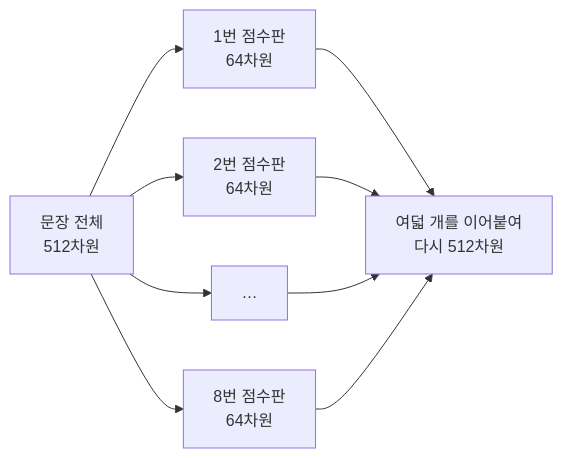
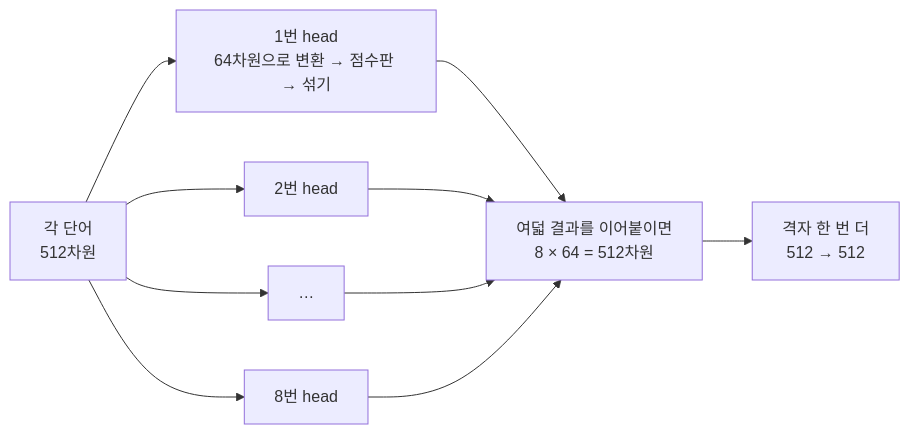
The fourth of 4 diagrams in paper-reviews/1706.03762-attention-is-all-you-need.qmd (qoal1201/qoal1201.github.io), drawn with Mermaid before and after one commit. The commit also changed other lines of this file and 1 other file, not shown here.

````diff
--- a/paper-reviews/1706.03762-attention-is-all-you-need.qmd
+++ b/paper-reviews/1706.03762-attention-is-all-you-need.qmd
@@ -283,11 +290,12 @@
 ```{mermaid}
 flowchart LR
-    E["문장 전체<br/>512차원"] --> H1["1번 점수판<br/>64차원"]
-    E --> H2["2번 점수판<br/>64차원"]
+    E["각 단어<br/>512차원"] --> H1["1번 head<br/>64차원으로 변환 → 점수판 → 섞기"]
+    E --> H2["2번 head"]
     E --> HD["…"]
-    E --> H8["8번 점수판<br/>64차원"]
-    H1 --> C["여덟 개를 이어붙여<br/>다시 512차원"]
+    E --> H8["8번 head"]
+    H1 --> C["여덟 결과를 이어붙이면<br/>8 × 64 = 512차원"]
     H2 --> C
     HD --> C
     H8 --> C
+    C --> O["격자 한 번 더<br/>512 → 512"]
 ```
````
